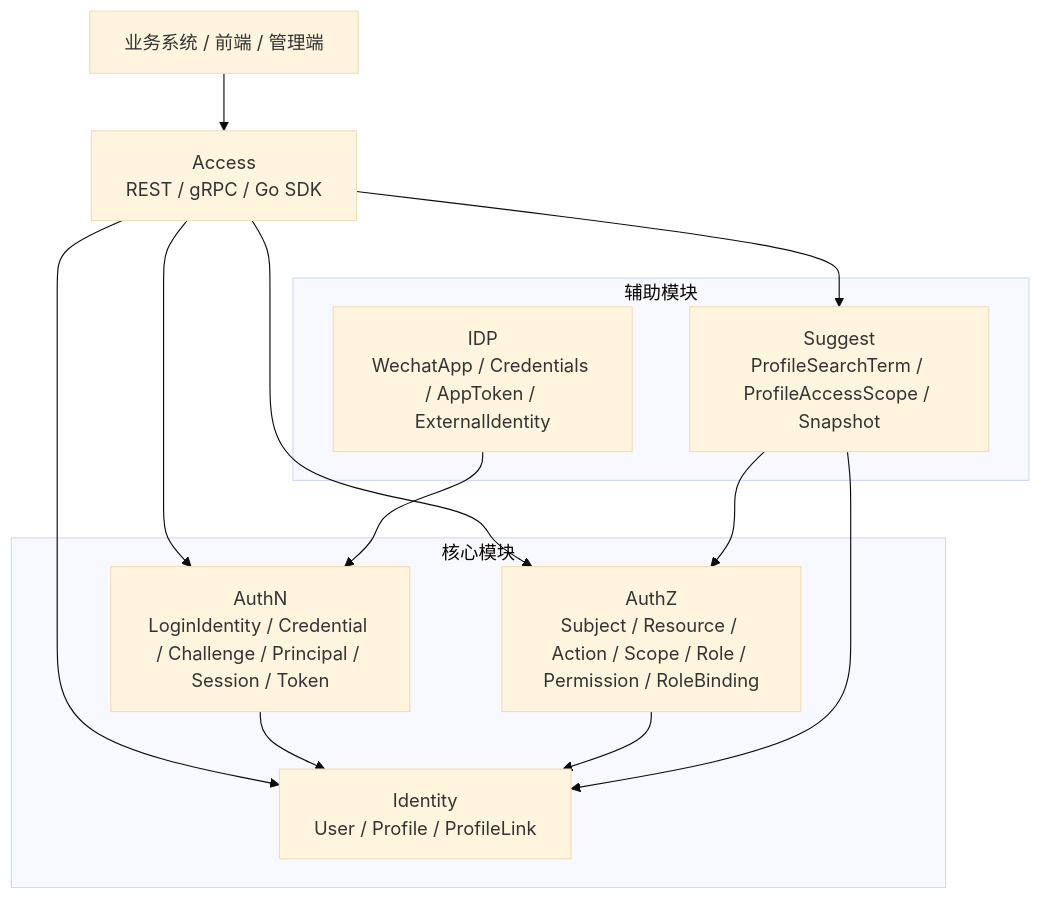
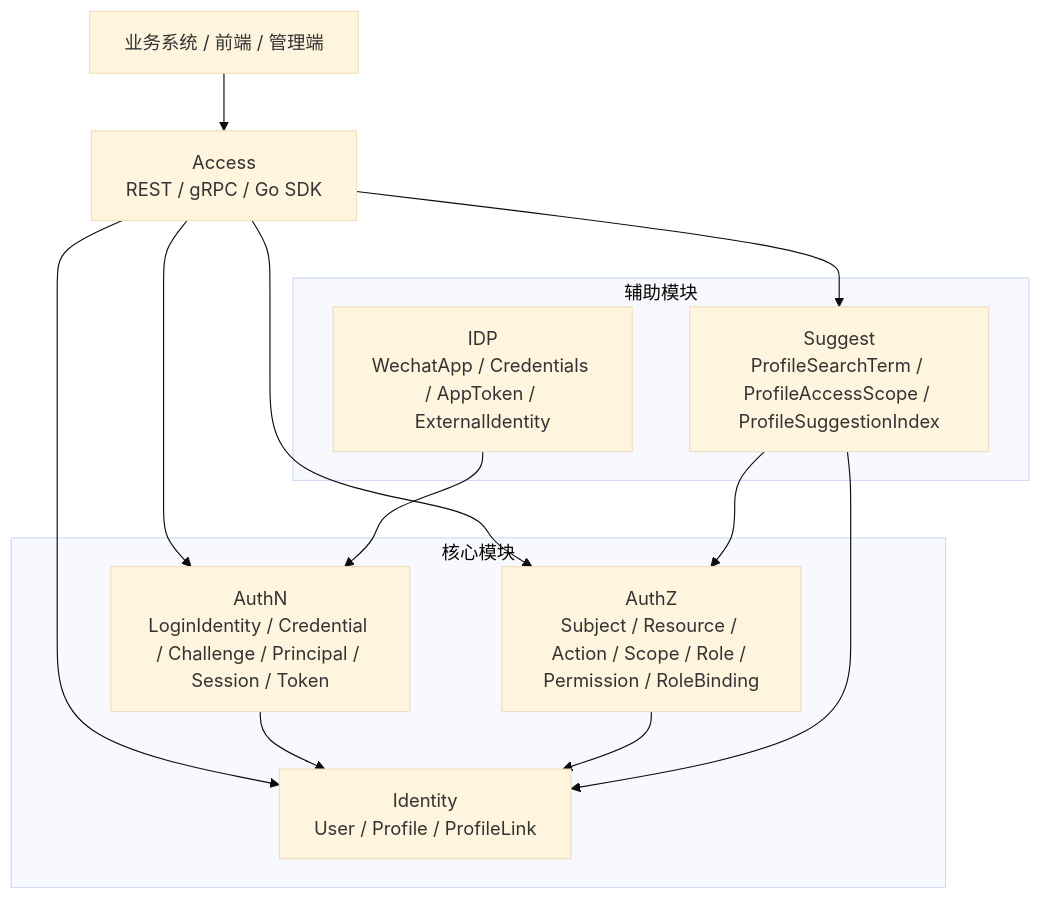
The first of 4 diagrams in docs/00-概览/02-模块划分与协作关系.md (FangcunMount/iam), drawn with Mermaid (base theme) before and after one commit. The commit also changed other lines of this file and 141 other files, not shown here.

````diff
--- a/docs/00-概览/02-模块划分与协作关系.md
+++ b/docs/00-概览/02-模块划分与协作关系.md
@@ -58,29 +58,29 @@
 ```mermaid
 flowchart TD
     Client["业务系统 / 前端 / 管理端"]
     Access["Access\nREST / gRPC / Go SDK"]
 
     subgraph Core["核心模块"]
         Identity["Identity\nUser / Profile / ProfileLink"]
         AuthN["AuthN\nLoginIdentity / Credential / Challenge / Principal / Session / Token"]
         AuthZ["AuthZ\nSubject / Resource / Action / Scope / Role / Permission / RoleBinding"]
     end
 
     subgraph Support["辅助模块"]
         IDP["IDP\nWechatApp / Credentials / AppToken / ExternalIdentity"]
-        Suggest["Suggest\nProfileSearchTerm / ProfileAccessScope / Snapshot"]
+        Suggest["Suggest\nProfileSearchTerm / ProfileAccessScope / ProfileSuggestionIndex"]
     end
 
     Client --> Access
 
     Access --> Identity
     Access --> AuthN
     Access --> AuthZ
     Access --> Suggest
 
     IDP --> AuthN
     AuthN --> Identity
     AuthZ --> Identity
     Suggest --> Identity
     Suggest --> AuthZ
 ```
````
